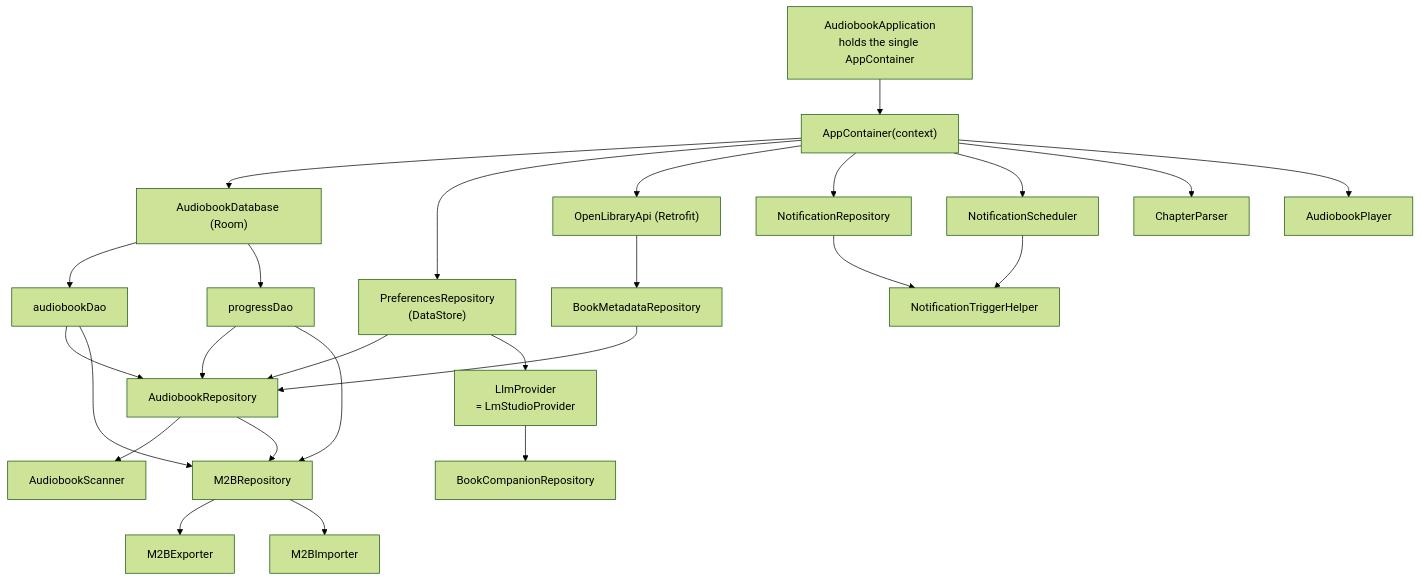
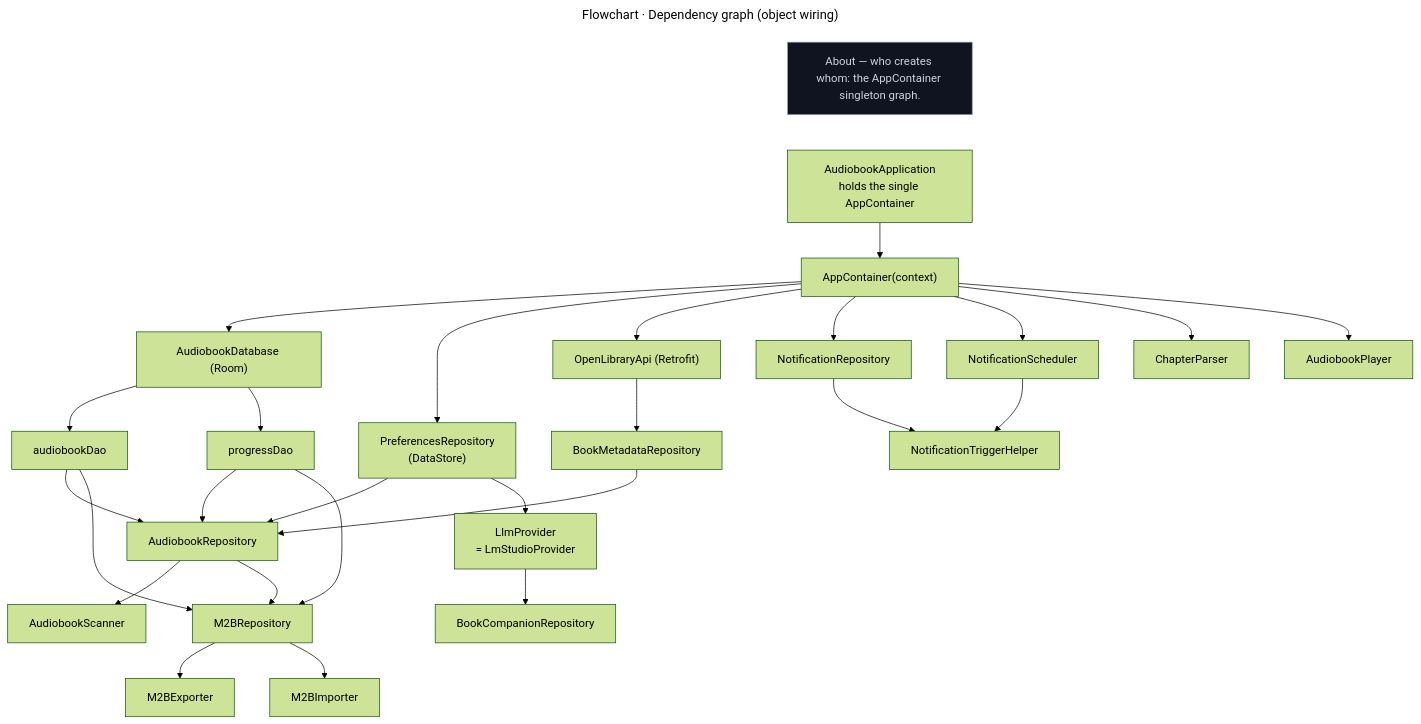
One commit to DICEsda/Mobile-Application-Development-COURSE changed the third of 9 diagrams in Final Submission Project/ARCHITECTURE.md. Above: the diagram before and after it, drawn with Mermaid (forest theme). The commit also changed other lines of this file and 9 other files, not shown here.

First line of the commit message:
docs: add in-image titles (graph type) and an About card to each diagram

````diff
--- a/Final Submission Project/ARCHITECTURE.md
+++ b/Final Submission Project/ARCHITECTURE.md
@@ -128,35 +140,41 @@
 ```mermaid
+---
+title: "Flowchart · Dependency graph (object wiring)"
+---
 flowchart TD
+    classDef about fill:#0f1420,stroke:#8a93a6,color:#cdd3df
+    CARD["About — who creates whom: the AppContainer singleton graph."]:::about
+    CARD ~~~ App
     App["AudiobookApplication<br/>holds the single AppContainer"] --> Container["AppContainer(context)"]
 
     Container --> DB["AudiobookDatabase (Room)"]
     DB --> AudioDao["audiobookDao"]
     DB --> ProgDao["progressDao"]
 
     Container --> Prefs["PreferencesRepository<br/>(DataStore)"]
     Container --> ApiClient["OpenLibraryApi (Retrofit)"]
     ApiClient --> MetaRepo["BookMetadataRepository"]
 
     AudioDao --> AudioRepo["AudiobookRepository"]
     ProgDao --> AudioRepo
     Prefs --> AudioRepo
     MetaRepo --> AudioRepo
     AudioRepo --> Scanner["AudiobookScanner"]
 
     AudioRepo --> M2BRepo["M2BRepository"]
     AudioDao --> M2BRepo
     ProgDao --> M2BRepo
     M2BRepo --> Exp["M2BExporter"]
     M2BRepo --> Imp["M2BImporter"]
 
     Prefs --> LlmProv["LlmProvider<br/>= LmStudioProvider"]
     LlmProv --> CompRepo["BookCompanionRepository"]
 
     Container --> NotifRepo["NotificationRepository"]
     Container --> NotifSched["NotificationScheduler"]
     NotifRepo --> TrigHelper["NotificationTriggerHelper"]
     NotifSched --> TrigHelper
 
     Container --> ChapParser["ChapterParser"]
     Container --> AudioPlayer["AudiobookPlayer"]
 ```
````
